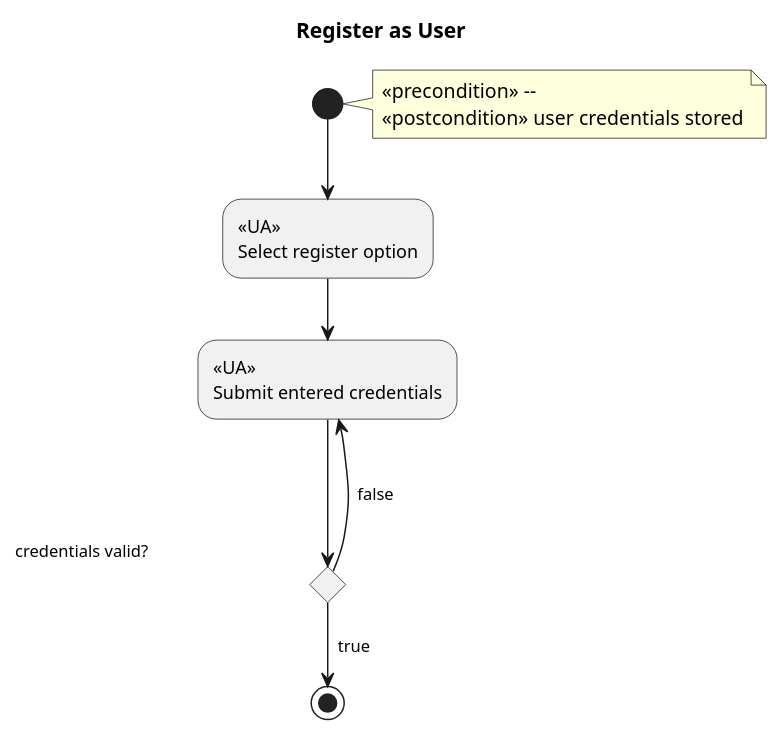
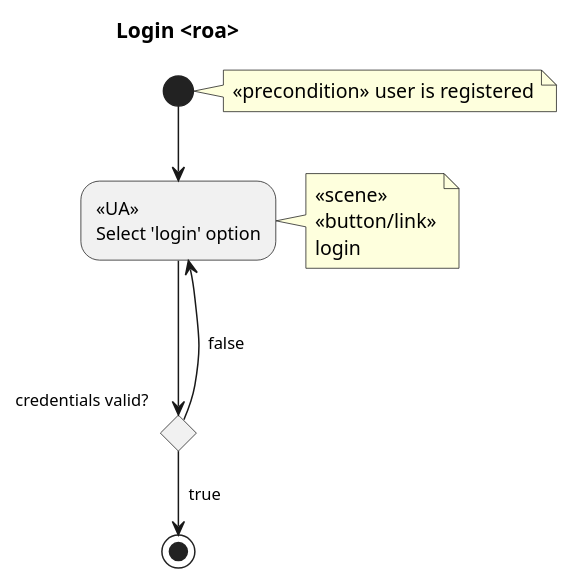
One commit to bzg/worg changed the third of 4 diagrams in org-contrib/gsoc2012/student-projects/bugpile/i.org. Above: the diagram before and after it, drawn with PlantUML. The commit also changed other lines of this file and 2 other files, not shown here.

Commit message:
[gsoc12] login and logout requiements oriented activities written in i.org.

```diff
--- a/org-contrib/gsoc2012/student-projects/bugpile/i.org
+++ b/org-contrib/gsoc2012/student-projects/bugpile/i.org
@@ -735,11 +715,11 @@
 #+begin_src plantuml :file ../../../../images/gsoc/2012/bugpile/login-uml-roa.png 
-  title Register as User
-  note right: <<precondition>> -- \n<<postcondition>> user credentials stored
-  (*) -->  "<<UA>>\nSelect register option"
-  --> "<<UA>>\nSubmit entered credentials"
-  if "credentials valid?                                   " then
-    --> [  true]  (*)
+  title Login <roa>
+  note right: <<precondition>> user is registered
+  (*) --> "<<UA>>\nSelect 'login' option"
+  note right: <<scene>>\n<<button/link>>\nlogin
+  if "                                              credentials valid?" then
+    --> [  true] (*)
   else
-    ---> [  false] "<<UA>>\nSubmit entered credentials"
+    ---> [  false] "<<UA>>\nSelect 'login' option"
   endif
 #+end_src
```
